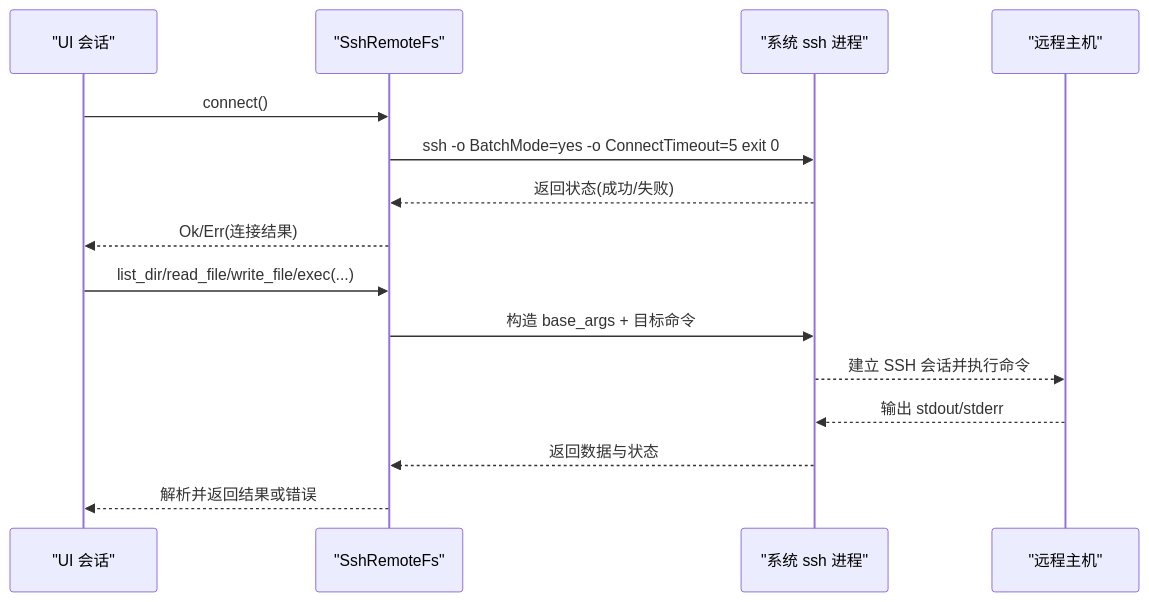
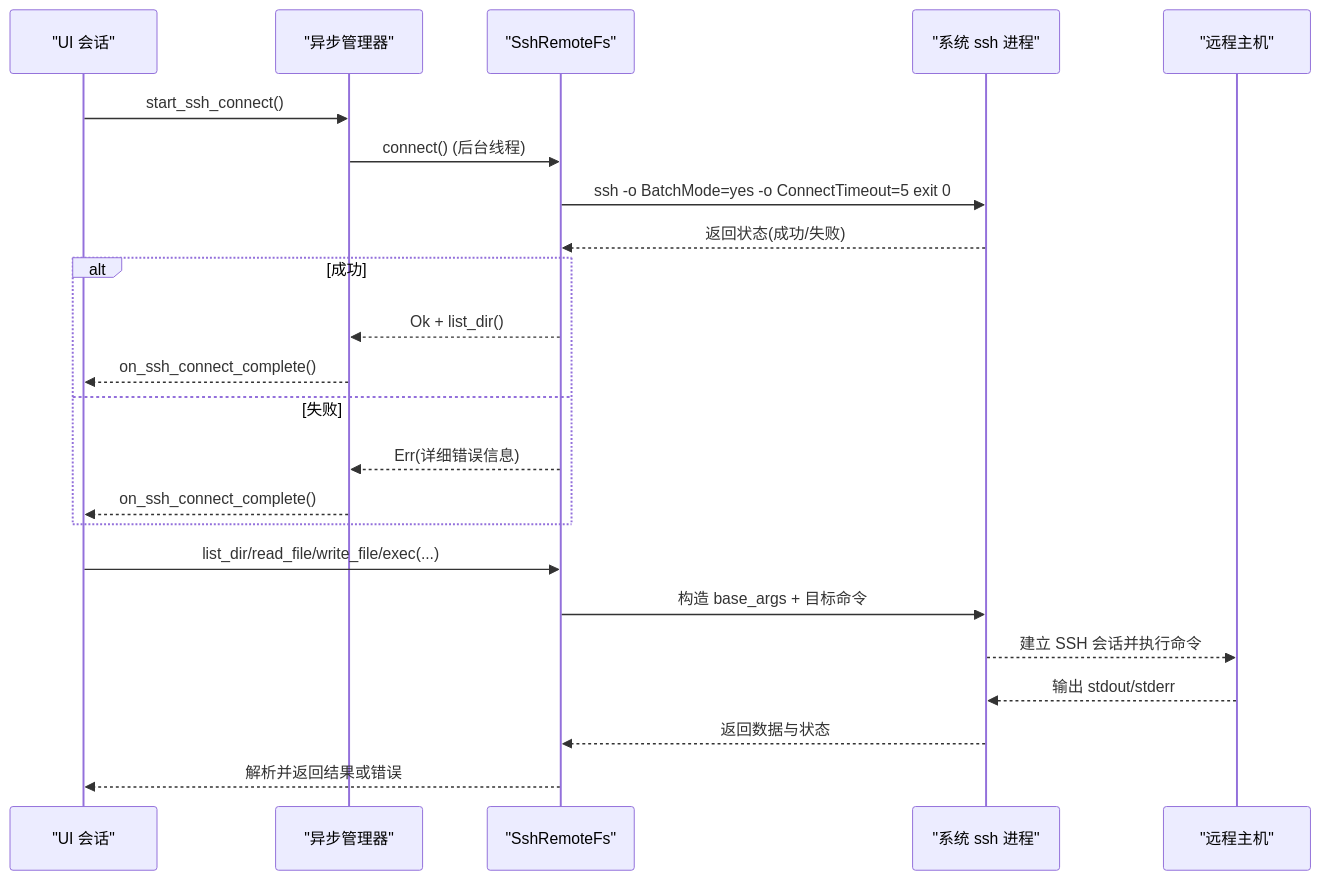
The second of 10 diagrams in .qoder/repowiki/zh/content/远程开发功能/SSH 连接管理.md (aetherstudio-cn/AetherStudio), drawn with Mermaid before and after one commit. The commit also changed other lines of this file and 17 other files, not shown here.

````diff
--- a/.qoder/repowiki/zh/content/远程开发功能/SSH 连接管理.md
+++ b/.qoder/repowiki/zh/content/远程开发功能/SSH 连接管理.md
@@ -86,17 +106,25 @@
 ```mermaid
 sequenceDiagram
 participant UI as "UI 会话"
+participant ASYNC as "异步管理器"
 participant FS as "SshRemoteFs"
 participant OS as "系统 ssh 进程"
 participant REM as "远程主机"
-UI->>FS : connect()
+UI->>ASYNC : start_ssh_connect()
+ASYNC->>FS : connect() (后台线程)
 FS->>OS : ssh -o BatchMode=yes -o ConnectTimeout=5 exit 0
 OS-->>FS : 返回状态(成功/失败)
-FS-->>UI : Ok/Err(连接结果)
+alt 成功
+FS-->>ASYNC : Ok + list_dir()
+ASYNC-->>UI : on_ssh_connect_complete()
+else 失败
+FS-->>ASYNC : Err(详细错误信息)
+ASYNC-->>UI : on_ssh_connect_complete()
+end
 UI->>FS : list_dir/read_file/write_file/exec(...)
 FS->>OS : 构造 base_args + 目标命令
 OS-->>REM : 建立 SSH 会话并执行命令
 REM-->>OS : 输出 stdout/stderr
 OS-->>FS : 返回数据与状态
 FS-->>UI : 解析并返回结果或错误
 ```
````
